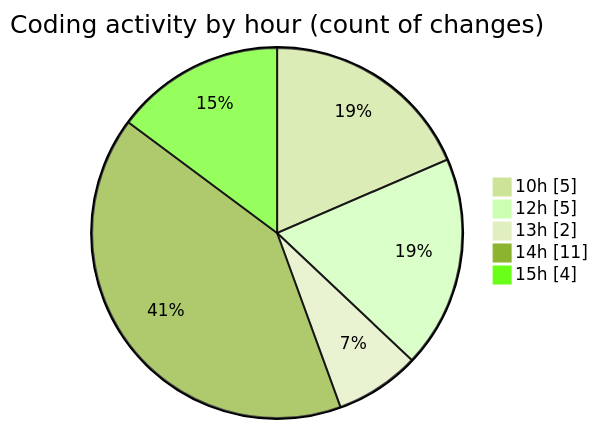
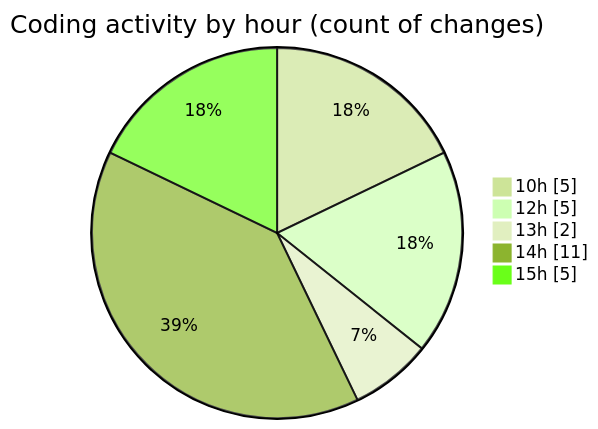
One commit to Ritupan-Deka/code-tracking changed the second of 2 diagrams in 2025-07-07/urlwebwala_intership_work/README.md. Above: the diagram before and after it, drawn with Mermaid (forest theme). The commit also changed other lines of this file and 1 other file, not shown here.

````diff
--- a/2025-07-07/urlwebwala_intership_work/README.md
+++ b/2025-07-07/urlwebwala_intership_work/README.md
@@ -30,9 +30,9 @@
 ```mermaid
 pie showData
 title Coding activity by hour (count of changes)
 "10h" : 5
 "12h" : 5
 "13h" : 2
 "14h" : 11
-"15h" : 4
+"15h" : 5
 ```
````
